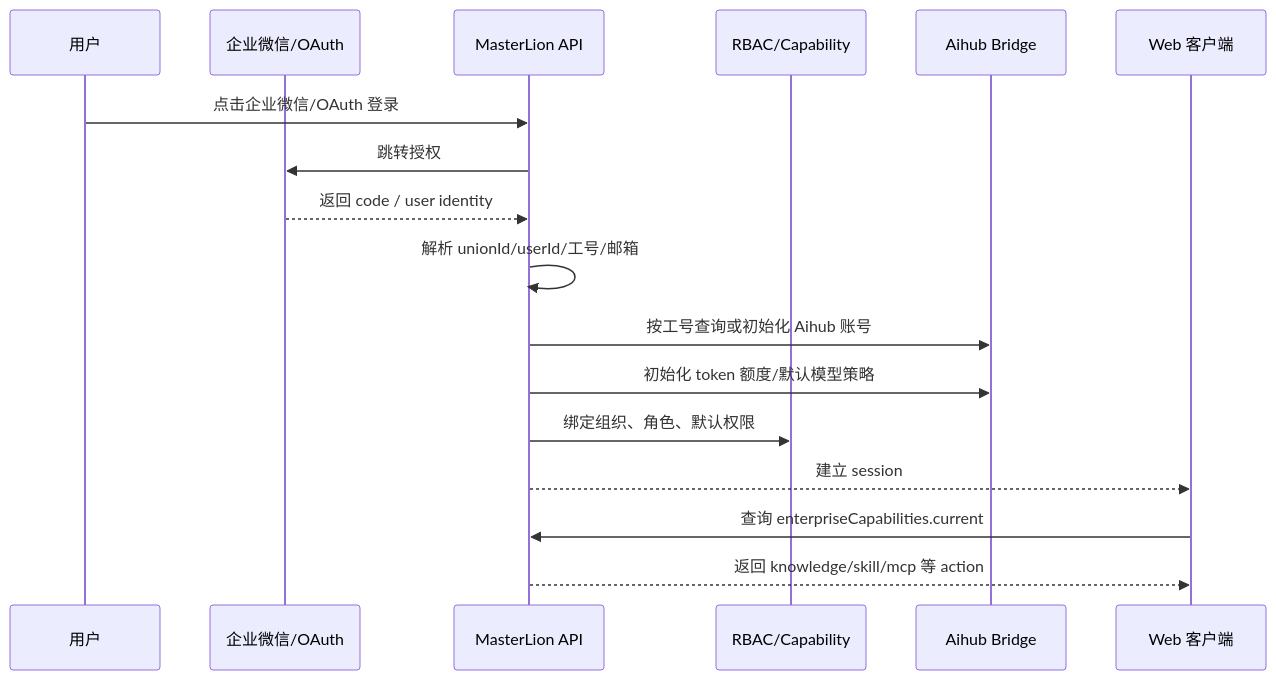
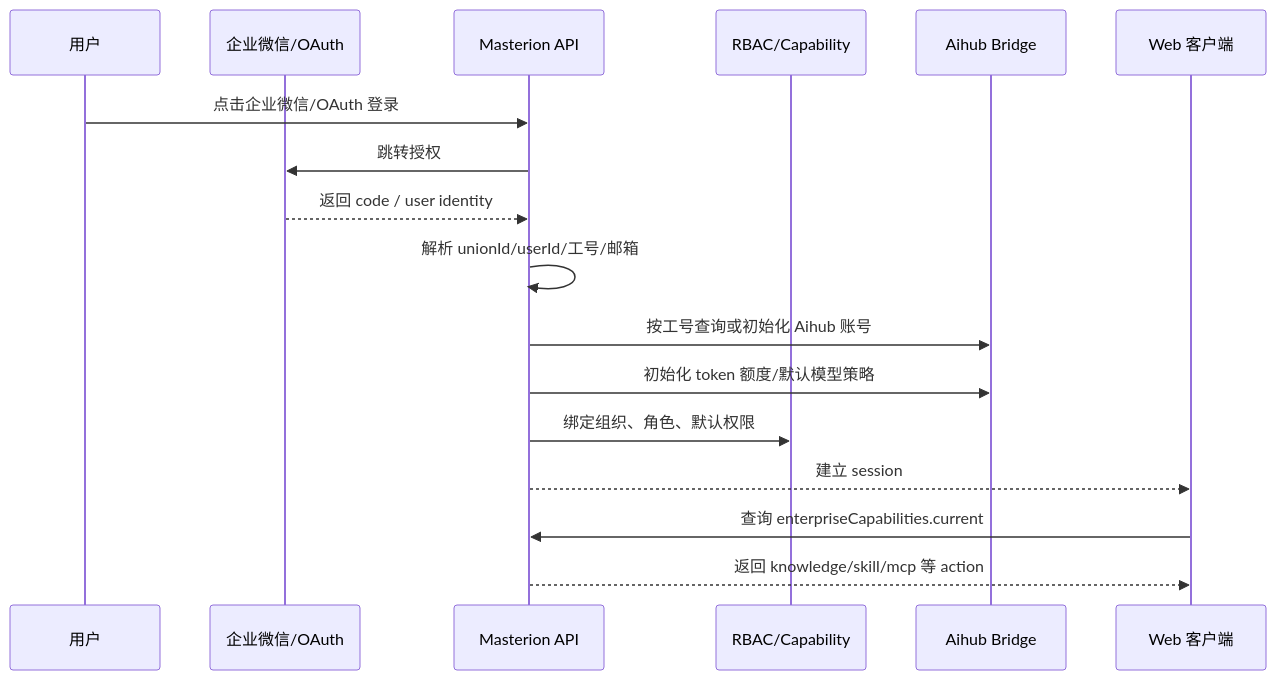
The second of 2 diagrams in docs/handoff/masterlion-enterprise-architecture-plan-20260620.md (chaaak6/Masterino), drawn with Mermaid before and after one commit. The commit also changed other lines of this file and 1064 other files, not shown here.

````diff
--- a/docs/handoff/masterlion-enterprise-architecture-plan-20260620.md
+++ b/docs/handoff/masterlion-enterprise-architecture-plan-20260620.md
@@ -66,20 +66,20 @@
 ```mermaid
 sequenceDiagram
   participant U as 用户
   participant SSO as 企业微信/OAuth
-  participant API as MasterLion API
+  participant API as Masterion API
   participant RBAC as RBAC/Capability
   participant A as Aihub Bridge
   participant Web as Web 客户端
 
   U->>API: 点击企业微信/OAuth 登录
   API->>SSO: 跳转授权
   SSO-->>API: 返回 code / user identity
   API->>API: 解析 unionId/userId/工号/邮箱
   API->>A: 按工号查询或初始化 Aihub 账号
   API->>A: 初始化 token 额度/默认模型策略
   API->>RBAC: 绑定组织、角色、默认权限
   API-->>Web: 建立 session
   Web->>API: 查询 enterpriseCapabilities.current
   API-->>Web: 返回 knowledge/skill/mcp 等 action
 ```
````
